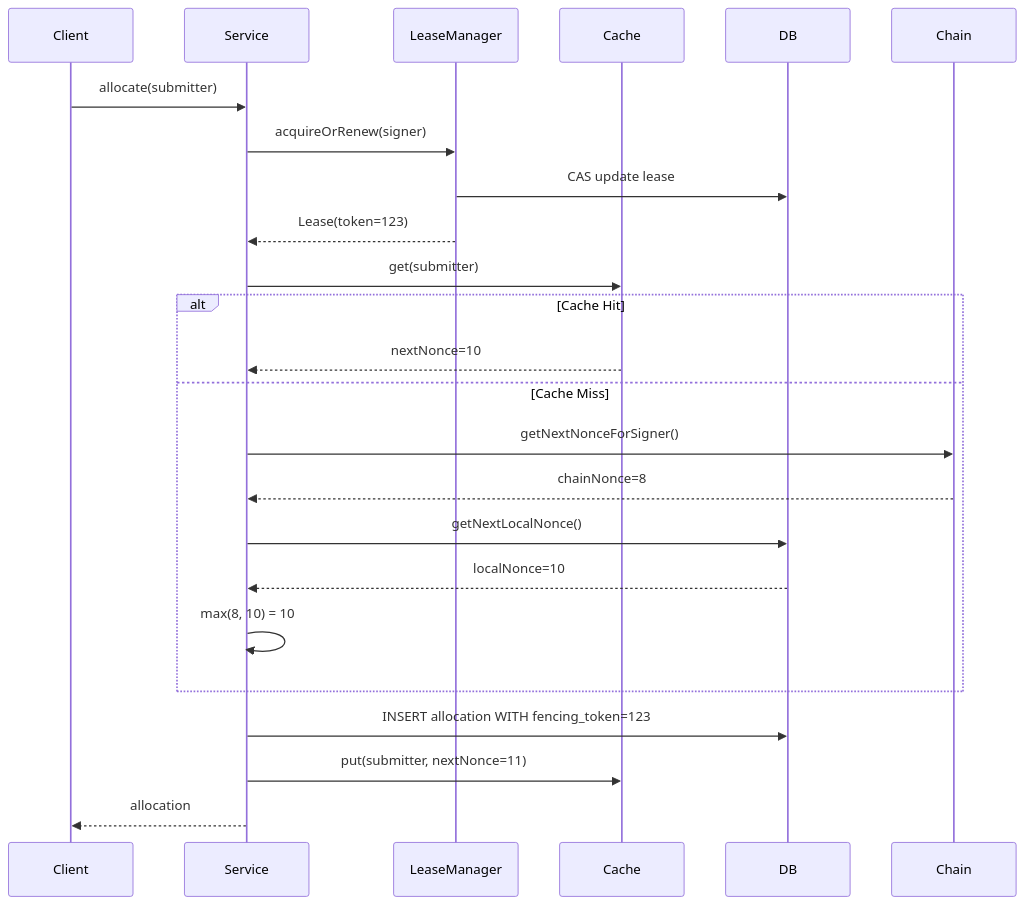
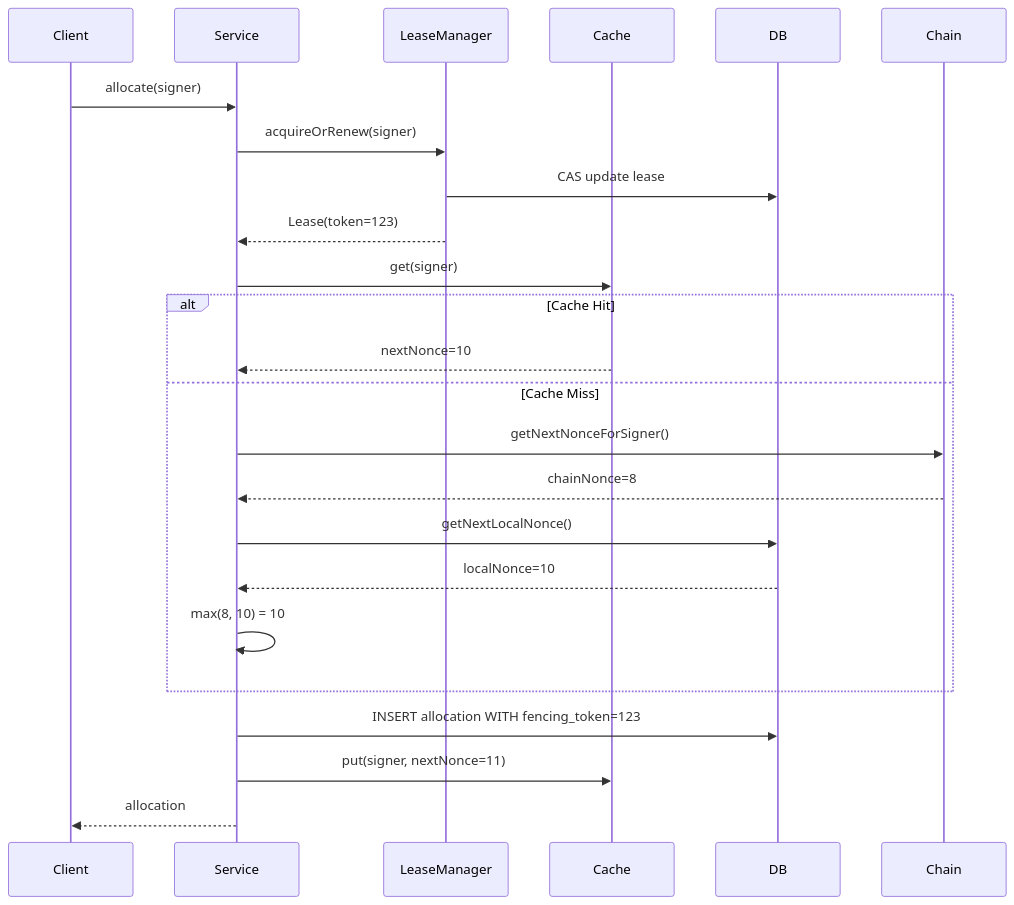
Before and after one commit to cedardinh/nonce-demo: the fourth of 16 diagrams in 架构演进对比.md, drawn with Mermaid. The commit also changed other lines of this file and 37 other files, not shown here.

````diff
--- a/架构演进对比.md
+++ b/架构演进对比.md
@@ -171,29 +173,29 @@
 ```mermaid
 sequenceDiagram
     participant Client
     participant Service
     participant LeaseManager
     participant Cache
     participant DB
     participant Chain
     
-    Client->>Service: allocate(submitter)
+    Client->>Service: allocate(signer)
     Service->>LeaseManager: acquireOrRenew(signer)
     LeaseManager->>DB: CAS update lease
     LeaseManager-->>Service: Lease(token=123)
     
-    Service->>Cache: get(submitter)
+    Service->>Cache: get(signer)
     alt Cache Hit
         Cache-->>Service: nextNonce=10
     else Cache Miss
         Service->>Chain: getNextNonceForSigner()
         Chain-->>Service: chainNonce=8
         Service->>DB: getNextLocalNonce()
         DB-->>Service: localNonce=10
         Service->>Service: max(8, 10) = 10
     end
     
     Service->>DB: INSERT allocation WITH fencing_token=123
-    Service->>Cache: put(submitter, nextNonce=11)
+    Service->>Cache: put(signer, nextNonce=11)
     Service-->>Client: allocation
 ```
````
